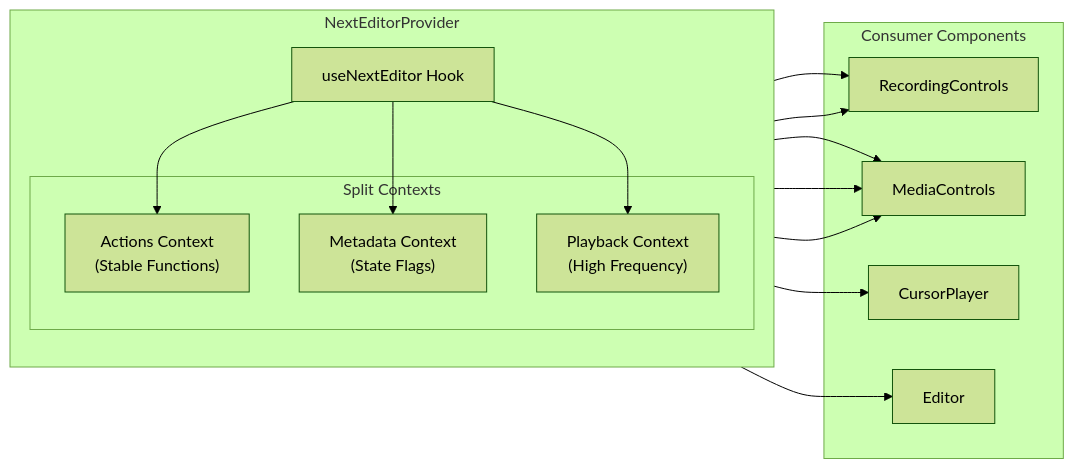
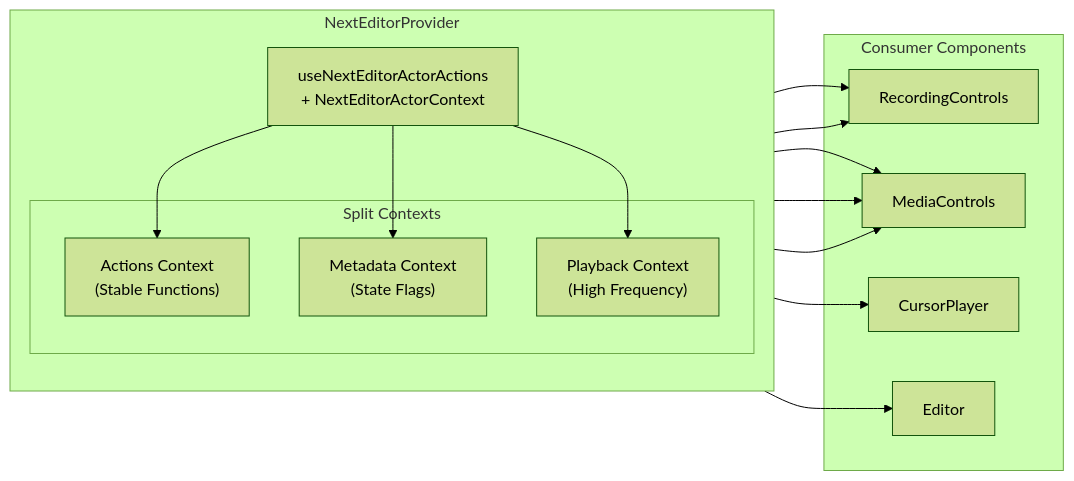
The fifth of 6 diagrams in docs/data-flow.md (channyeintun/next-editor), drawn with Mermaid (forest theme) before and after one commit. The commit also changed other lines of this file and 6 other files, not shown here.

First line of the commit message:
chore(core): delete the standalone useNextEditor hook

````diff
--- a/docs/data-flow.md
+++ b/docs/data-flow.md
@@ -193,32 +193,32 @@
 ```mermaid
 flowchart LR
     subgraph Provider["NextEditorProvider"]
         direction TB
-        Hook[useNextEditor Hook]
+        Hook["useNextEditorActorActions<br/>+ NextEditorActorContext"]
 
         subgraph Contexts["Split Contexts"]
             Actions["Actions Context<br/>(Stable Functions)"]
             Metadata["Metadata Context<br/>(State Flags)"]
             Playback["Playback Context<br/>(High Frequency)"]
         end
 
         Hook --> Actions
         Hook --> Metadata
         Hook --> Playback
     end
 
     subgraph Consumers["Consumer Components"]
         RC[RecordingControls]
         MC[MediaControls]
         CP[CursorPlayer]
         ED[Editor]
     end
 
     Actions --> RC
     Actions --> MC
     Actions --> ED
     Metadata --> RC
     Metadata --> MC
     Playback --> MC
     Playback --> CP
 ```
````
